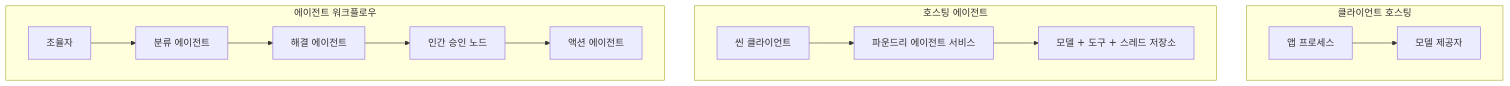
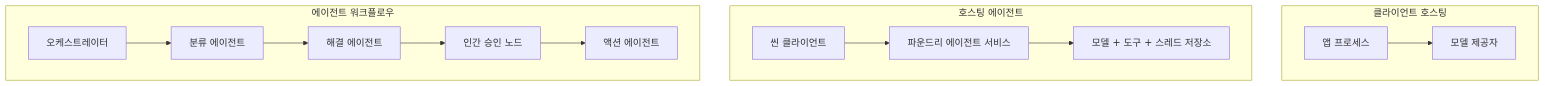
One commit to gabrielmoreira/agent-skills-mirror changed the first of 4 diagrams in mirrors/repos/microsoft@ai-agents-for-beginners/translations/ko/16-deploying-scalable-agents/README.md. Above: the diagram before and after it, drawn with Mermaid. The commit also changed other lines of this file and 4262 other files, not shown here.

````diff
--- a/mirrors/repos/microsoft@ai-agents-for-beginners/translations/ko/16-deploying-scalable-agents/README.md
+++ b/mirrors/repos/microsoft@ai-agents-for-beginners/translations/ko/16-deploying-scalable-agents/README.md
@@ -87,16 +87,16 @@
 ```mermaid
 flowchart TB
     subgraph P1[클라이언트 호스팅]
         A1[앱 프로세스] --> M1[모델 제공자]
     end
     subgraph P2[호스팅 에이전트]
         A2[씬 클라이언트] --> F2[파운드리 에이전트 서비스]
         F2 --> M2[모델 + 도구 + 스레드 저장소]
     end
     subgraph P3[에이전트 워크플로우]
-        A3[조율자] --> S1[분류 에이전트]
+        A3[오케스트레이터] --> S1[분류 에이전트]
         S1 --> S2[해결 에이전트]
         S2 --> H[인간 승인 노드]
         H --> S3[액션 에이전트]
     end
 ```
````
